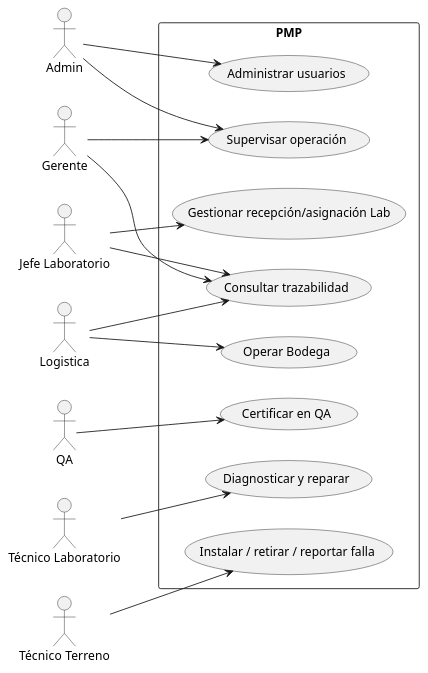
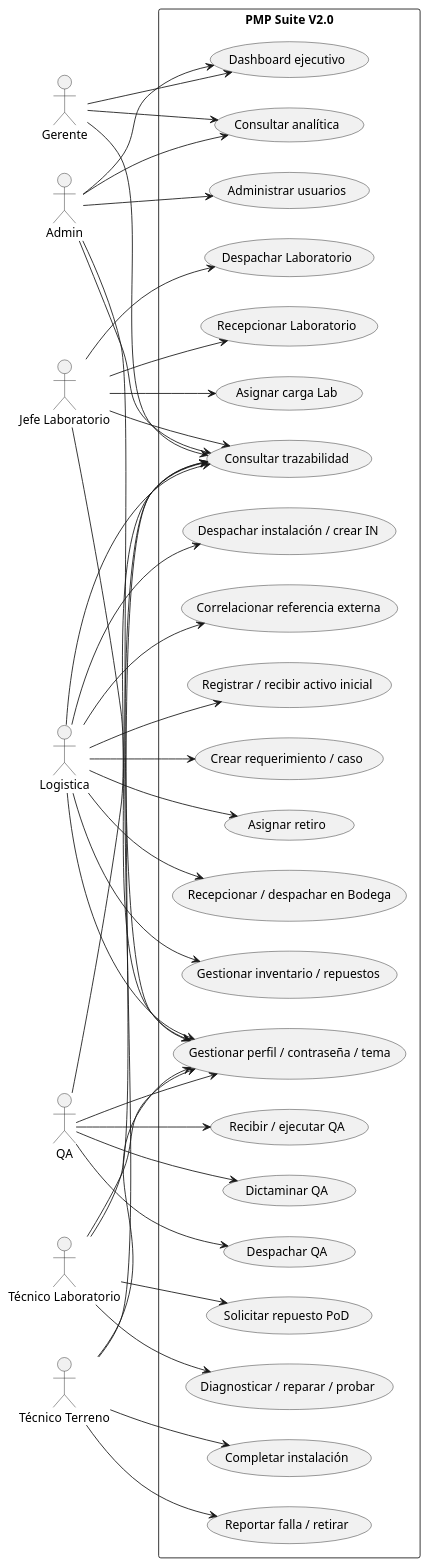
One commit to RafaOteiza/pmp-suite-capstone changed the diagram in Documentacion Capstone/Artefactos Metodologia Cascada/Diagramas_PlantUML/06_UML_Casos_de_Uso_V2.0.md. Above: the diagram before and after it, drawn with PlantUML. The commit also changed other lines of this file and 31 other files, not shown here.

Commit message:
Amplía documentación técnica y académica PMP Suite V2.0

````diff
--- a/Documentacion Capstone/Artefactos Metodologia Cascada/Diagramas_PlantUML/06_UML_Casos_de_Uso_V2.0.md
+++ b/Documentacion Capstone/Artefactos Metodologia Cascada/Diagramas_PlantUML/06_UML_Casos_de_Uso_V2.0.md
@@ -3,34 +3,80 @@
 ```plantuml
 @startuml
 left to right direction
 actor Gerente
 actor Admin
-actor "Jefe Laboratorio" as Jefe
+actor "Jefe Laboratorio" as JL
 actor Logistica
 actor QA
 actor "Técnico Laboratorio" as TL
 actor "Técnico Terreno" as TT
 
-rectangle PMP {
-  usecase "Supervisar operación" as U1
-  usecase "Administrar usuarios" as U2
-  usecase "Gestionar recepción/asignación Lab" as U3
-  usecase "Operar Bodega" as U4
-  usecase "Diagnosticar y reparar" as U5
-  usecase "Certificar en QA" as U6
-  usecase "Instalar / retirar / reportar falla" as U7
-  usecase "Consultar trazabilidad" as U8
+rectangle "PMP Suite V2.0" {
+ usecase "Dashboard ejecutivo" as U01
+ usecase "Administrar usuarios" as U02
+ usecase "Registrar / recibir activo inicial" as U03
+ usecase "Crear requerimiento / caso" as U04
+ usecase "Asignar retiro" as U05
+ usecase "Reportar falla / retirar" as U06
+ usecase "Recepcionar / despachar en Bodega" as U07
+ usecase "Gestionar inventario / repuestos" as U08
+ usecase "Recepcionar Laboratorio" as U09
+ usecase "Asignar carga Lab" as U10
+ usecase "Diagnosticar / reparar / probar" as U11
+ usecase "Solicitar repuesto PoD" as U12
+ usecase "Despachar Laboratorio" as U13
+ usecase "Recibir / ejecutar QA" as U14
+ usecase "Dictaminar QA" as U15
+ usecase "Despachar QA" as U16
+ usecase "Despachar instalación / crear IN" as U17
+ usecase "Completar instalación" as U18
+ usecase "Consultar trazabilidad" as U19
+ usecase "Correlacionar referencia externa" as U20
+ usecase "Consultar analítica" as U21
+ usecase "Gestionar perfil / contraseña / tema" as U22
 }
-Gerente --> U1
-Gerente --> U8
-Admin --> U1
-Admin --> U2
-Jefe --> U3
-Jefe --> U8
-Logistica --> U4
-Logistica --> U8
-TL --> U5
-TT --> U7
-QA --> U6
+
+Gerente --> U01
+Gerente --> U19
+Gerente --> U21
+
+Admin --> U01
+Admin --> U02
+Admin --> U19
+Admin --> U21
+
+Logistica --> U03
+Logistica --> U04
+Logistica --> U05
+Logistica --> U07
+Logistica --> U08
+Logistica --> U17
+Logistica --> U20
+Logistica --> U19
+
+JL --> U09
+JL --> U10
+JL --> U13
+JL --> U19
+
+TL --> U11
+TL --> U12
+TL --> U19
+
+QA --> U14
+QA --> U15
+QA --> U16
+QA --> U19
+
+TT --> U06
+TT --> U18
+TT --> U19
+
+Admin --> U22
+JL --> U22
+Logistica --> U22
+QA --> U22
+TL --> U22
+TT --> U22
 @enduml
 ```
````
